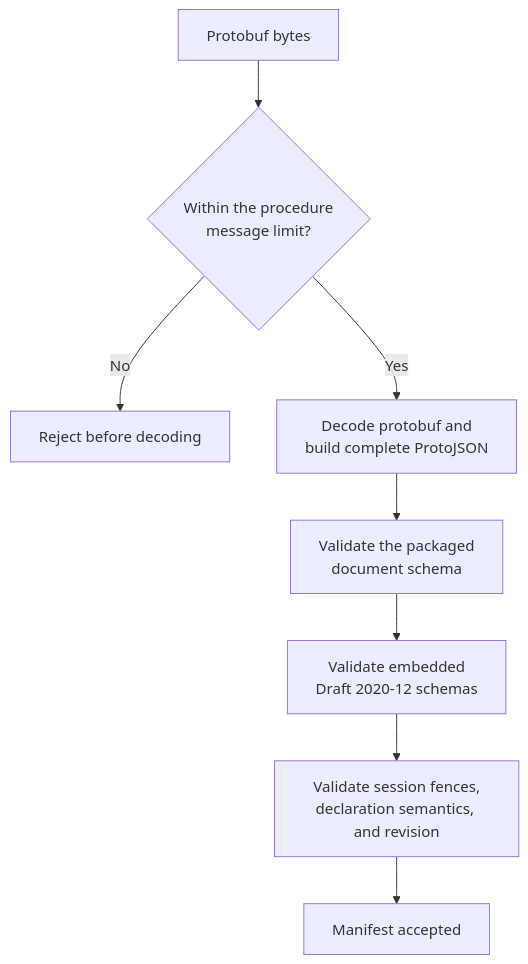
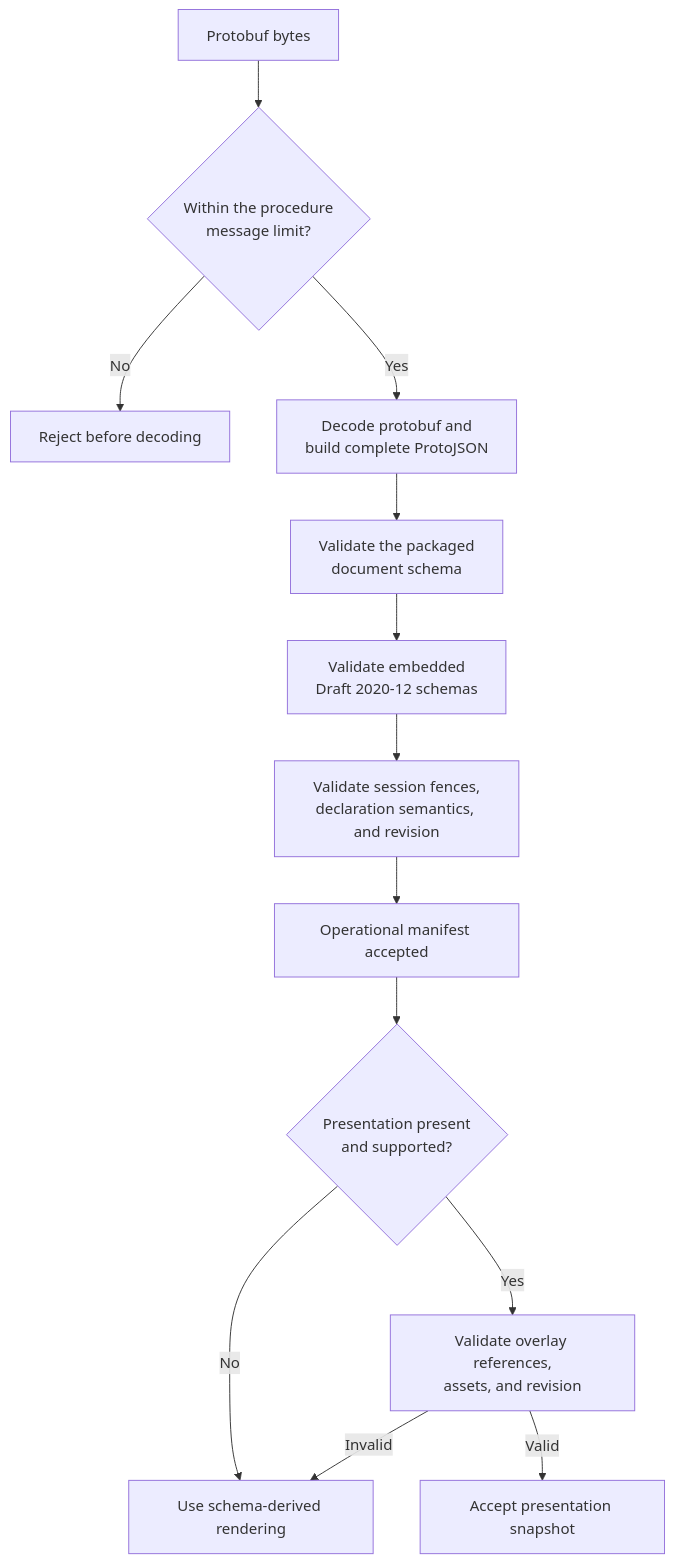
The second of 2 diagrams in docs/v0.1.0/procedures/provider-manifest.md (stateforge-org/stateforge-protocol), drawn with Mermaid before and after one commit. The commit also changed other lines of this file and 21 other files, not shown here.

First line of the commit message:
[TASK][MVP] Add Versioned Provider Presentation to Manifest Exchange (#50)

````diff
--- a/docs/v0.1.0/procedures/provider-manifest.md
+++ b/docs/v0.1.0/procedures/provider-manifest.md
@@ -417,10 +438,15 @@
 ```mermaid
 flowchart TB
     Bytes["Protobuf bytes"] --> Limit{"Within the procedure<br/>message limit?"}
     Limit -->|No| Reject["Reject before decoding"]
     Limit -->|Yes| Decode["Decode protobuf and<br/>build complete ProtoJSON"]
     Decode --> Document["Validate the packaged<br/>document schema"]
     Document --> Embedded["Validate embedded<br/>Draft 2020-12 schemas"]
     Embedded --> Semantic["Validate session fences,<br/>declaration semantics, and revision"]
-    Semantic --> Accept["Manifest accepted"]
+    Semantic --> Accept["Operational manifest accepted"]
+    Accept --> Overlay{"Presentation present<br/>and supported?"}
+    Overlay -->|No| Fallback["Use schema-derived rendering"]
+    Overlay -->|Yes| Presentation["Validate overlay references,<br/>assets, and revision"]
+    Presentation -->|Valid| Enhanced["Accept presentation snapshot"]
+    Presentation -->|Invalid| Fallback
 ```
````
